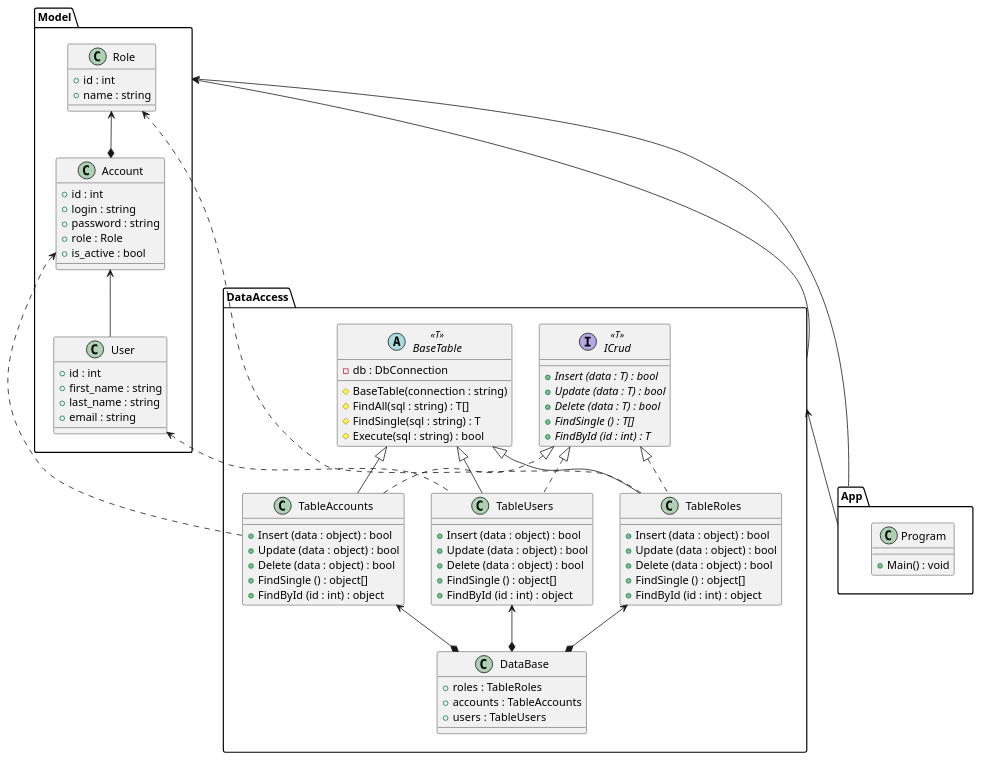
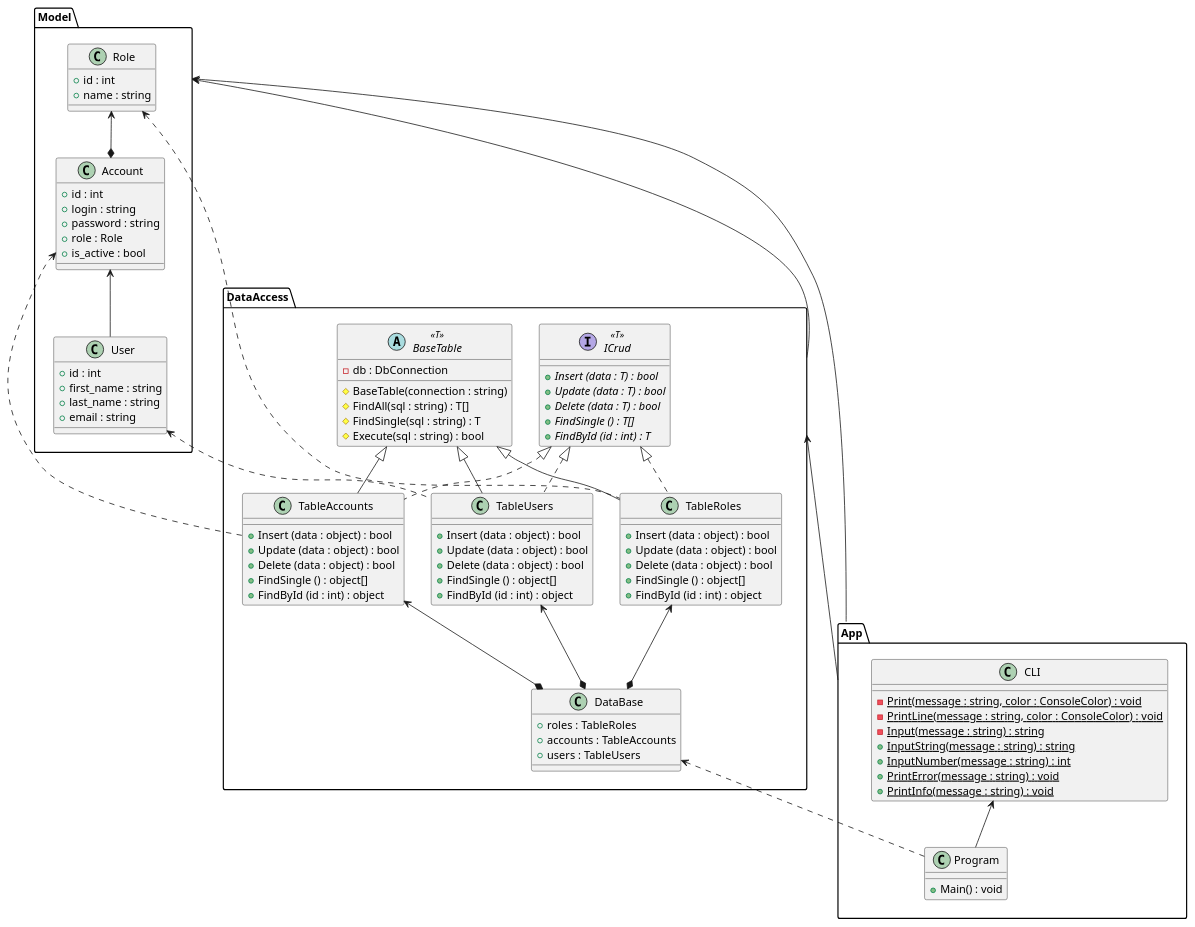
One commit to anst-foto/DapperDemo changed the diagram in class_diagram.puml. Above: the diagram before and after it, drawn with PlantUML. The commit also changed 2 other files, not shown here.

Commit message:
Добавление класса CLI

```diff
--- a/class_diagram.puml
+++ b/class_diagram.puml
@@ -1,96 +1,112 @@
 @startuml
 'https://plantuml.com/class-diagram
 package Model {
     class Role {
         + id : int
         + name : string
     }
     
     Role <--* Account
     class Account {
         + id : int
         + login : string
         + password : string
         + role : Role
         + is_active : bool
     }
     
     Account <-- User
     class User {
         + id : int
         + first_name : string
         + last_name : string
         + email : string
     }
 }
 
 Model <-- DataAccess
 package DataAccess {
     interface ICrud<<T>> {
         + {abstract} Insert (data : T) : bool
         + {abstract} Update (data : T) : bool
         + {abstract} Delete (data : T) : bool
         + {abstract} FindSingle () : T[]
         + {abstract} FindById (id : int) : T
     }
     
     abstract class BaseTable<<T>> {
         - db : DbConnection
         # BaseTable(connection : string)
         # FindAll(sql : string) : T[]        
         # FindSingle(sql : string) : T        
         # Execute(sql : string) : bool        
     }
     
     Role <.. TableRoles
     ICrud <|.. TableRoles
     BaseTable <|-- TableRoles
     class TableRoles {
         + Insert (data : object) : bool
         + Update (data : object) : bool
         + Delete (data : object) : bool
         + FindSingle () : object[]
         + FindById (id : int) : object
     }
     
     Account <.. TableAccounts
     ICrud <|.. TableAccounts
     BaseTable <|-- TableAccounts
     class TableAccounts {
         + Insert (data : object) : bool
         + Update (data : object) : bool
         + Delete (data : object) : bool
         + FindSingle () : object[]
         + FindById (id : int) : object
     }
     
     User <.. TableUsers
     ICrud <|.. TableUsers
     BaseTable <|-- TableUsers
     class TableUsers {
         + Insert (data : object) : bool
         + Update (data : object) : bool
         + Delete (data : object) : bool
         + FindSingle () : object[]
         + FindById (id : int) : object
     }
     
     TableRoles <--* DataBase
     TableAccounts <--* DataBase
     TableUsers <--* DataBase
     class DataBase {
         + roles : TableRoles
         + accounts : TableAccounts
         + users : TableUsers
     }
 }
 
 Model <-- App
 DataAccess <-- App
 package App {
-    class Program{
+    class CLI {
+        - {static} Print(message : string, color : ConsoleColor) : void
+        - {static} PrintLine(message : string, color : ConsoleColor) : void
+        - {static} Input(message : string) : string
+            
+        + {static} InputString(message : string) : string
+        + {static} InputNumber(message : string) : int
+            
+        + {static} PrintError(message : string) : void
+        + {static} PrintInfo(message : string) : void
+    }
+    
+    DataBase <.. Program
+    CLI <-- Program
+    class Program {
         + Main() : void
     }
+    
+    
 }
 
 @enduml
```
